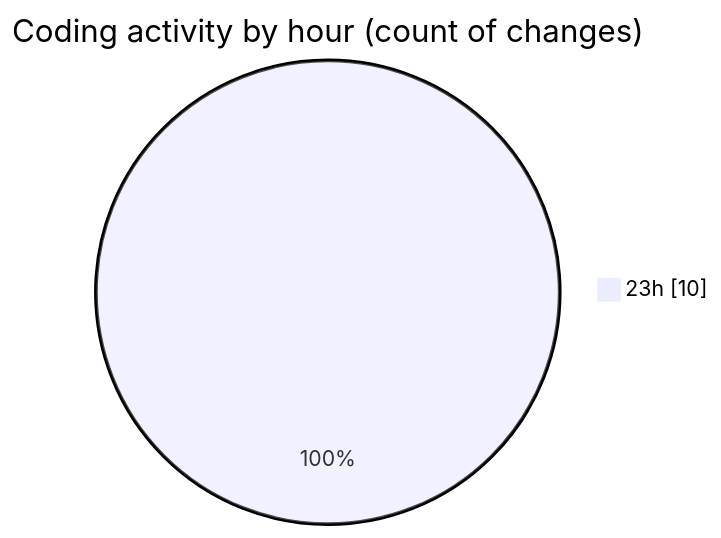
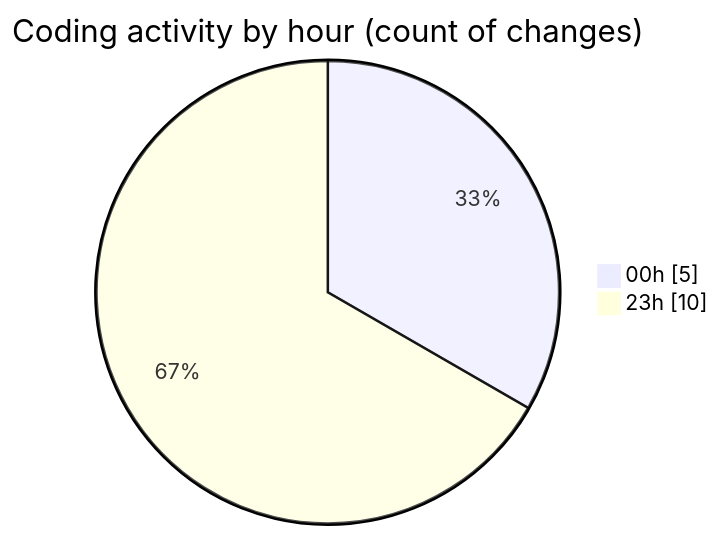
The second of 2 diagrams in 2025-12-25/technologie_web/README.md (hasnaa123/code-tracking), drawn with Mermaid before and after one commit. The commit also changed other lines of this file and 1 other file, not shown here.

````diff
--- a/2025-12-25/technologie_web/README.md
+++ b/2025-12-25/technologie_web/README.md
@@ -28,5 +28,6 @@
 ```mermaid
 pie showData
 title Coding activity by hour (count of changes)
+"00h" : 5
 "23h" : 10
 ```
````
